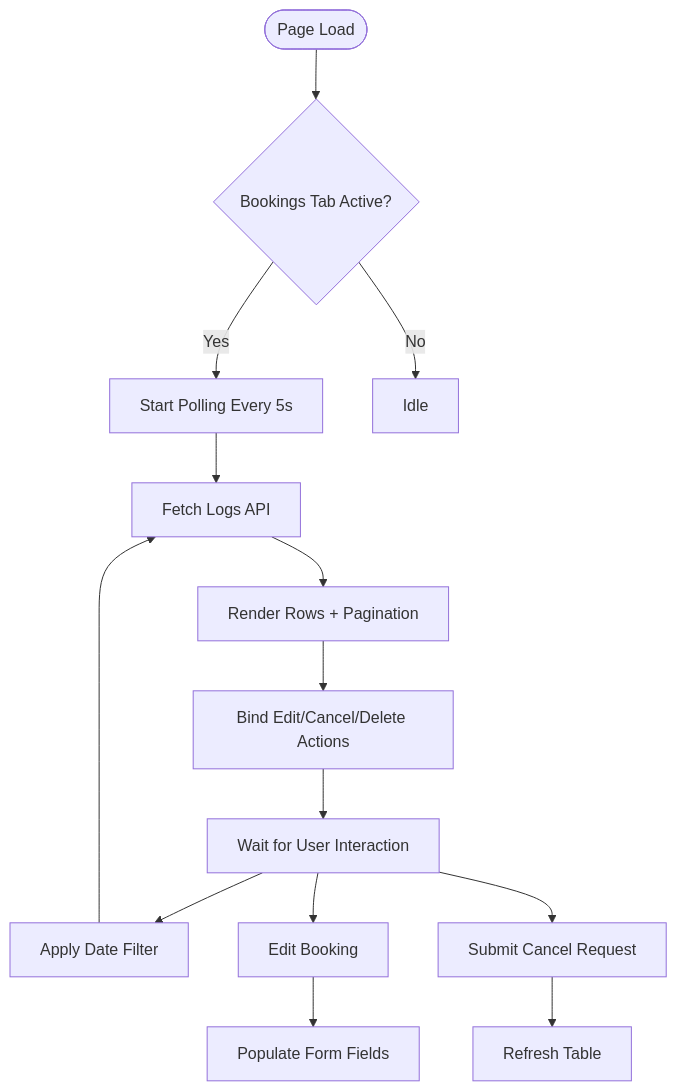
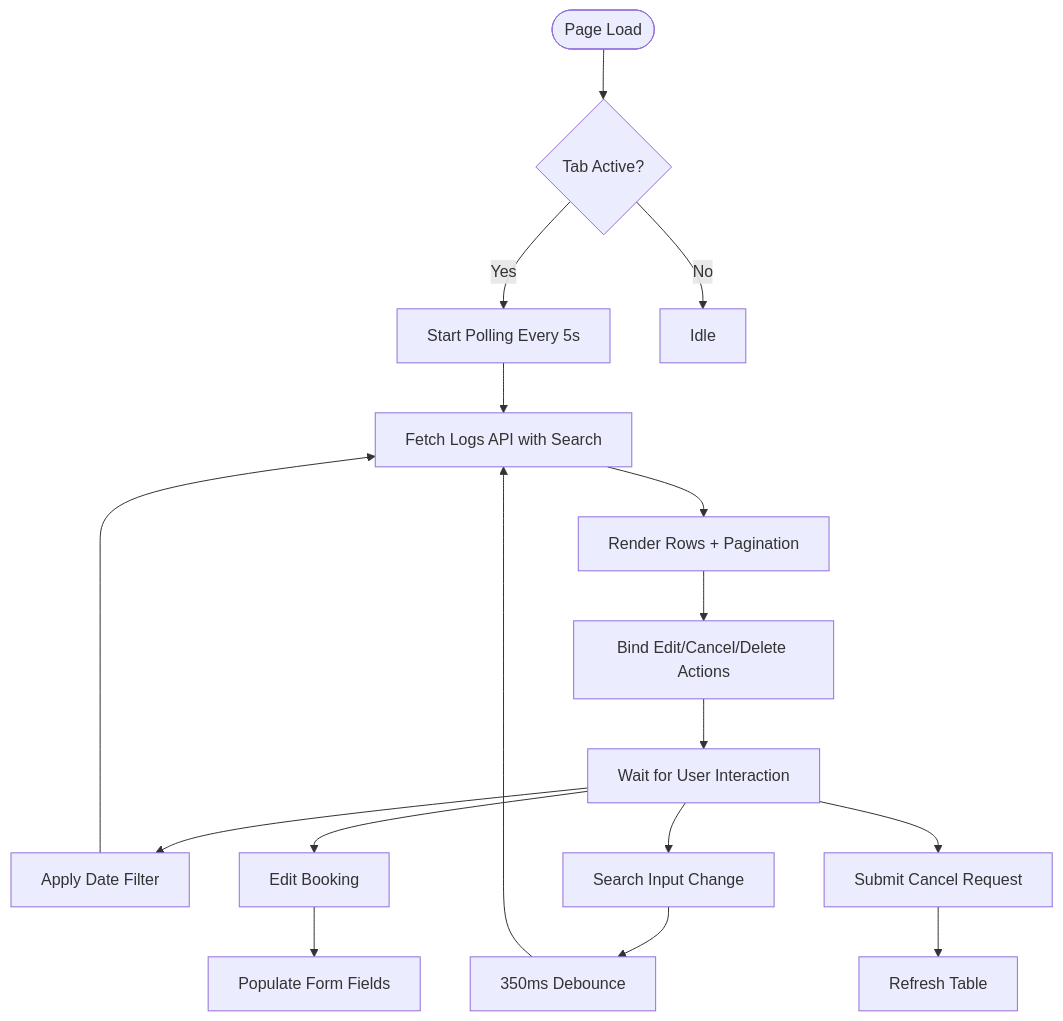
The sixth of 9 diagrams in .qoder/repowiki/en/content/Administrative Dashboard/Booking Management & Oversight/Booking Management & Oversight.md (mahbub095/bus-app), drawn with Mermaid before and after one commit. The commit also changed other lines of this file and 119 other files, not shown here.

````diff
--- a/.qoder/repowiki/en/content/Administrative Dashboard/Booking Management & Oversight/Booking Management & Oversight.md
+++ b/.qoder/repowiki/en/content/Administrative Dashboard/Booking Management & Oversight/Booking Management & Oversight.md
@@ -321,16 +388,19 @@
 ```mermaid
 flowchart TD
-Load(["Page Load"]) --> CheckTab{"Bookings Tab Active?"}
+Load(["Page Load"]) --> CheckTab{"Tab Active?"}
 CheckTab --> |Yes| StartPoll["Start Polling Every 5s"]
 CheckTab --> |No| Idle["Idle"]
-StartPoll --> Fetch["Fetch Logs API"]
+StartPoll --> Fetch["Fetch Logs API with Search"]
 Fetch --> Render["Render Rows + Pagination"]
 Render --> BindActions["Bind Edit/Cancel/Delete Actions"]
 BindActions --> Wait["Wait for User Interaction"]
 Wait --> ApplyFilter["Apply Date Filter"]
 ApplyFilter --> Fetch
+Wait --> SearchInput["Search Input Change"]
+SearchInput --> Debounce["350ms Debounce"]
+Debounce --> Fetch
 Wait --> Edit["Edit Booking"]
 Edit --> PopulateForm["Populate Form Fields"]
 Wait --> Cancel["Submit Cancel Request"]
 Cancel --> Refresh["Refresh Table"]
 ```
````
